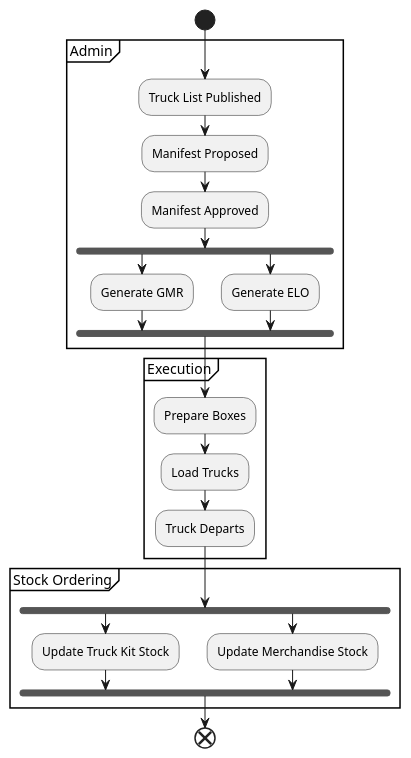
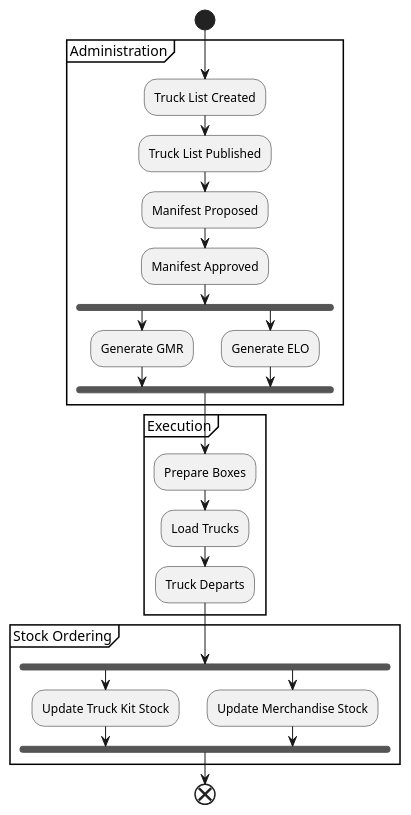
One commit to TheLastColonial/UA.Action.Freedom changed the diagram in docs/process.puml. Above: the diagram before and after it, drawn with PlantUML. The commit also changed 2 other files, not shown here.

```diff
--- a/docs/process.puml
+++ b/docs/process.puml
@@ -1,39 +1,40 @@
 @startuml Manifest Creation Process
 
 start
 
-group Admin {
+group Administration {
     
+    :Truck List Created;
     :Truck List Published;
     :Manifest Proposed;
     :Manifest Approved;
 
     fork
         :Generate GMR;
     fork again
         :Generate ELO;
     end fork
 
 }
 
 group Execution {
 
     :Prepare Boxes;
     :Load Trucks;
     :Truck Departs;
     
 }
 
 group Stock Ordering {
 
     fork
         :Update Truck Kit Stock;
     fork again
         :Update Merchandise Stock;
     end fork
 
 }
 
 end
 
 @enduml
```
